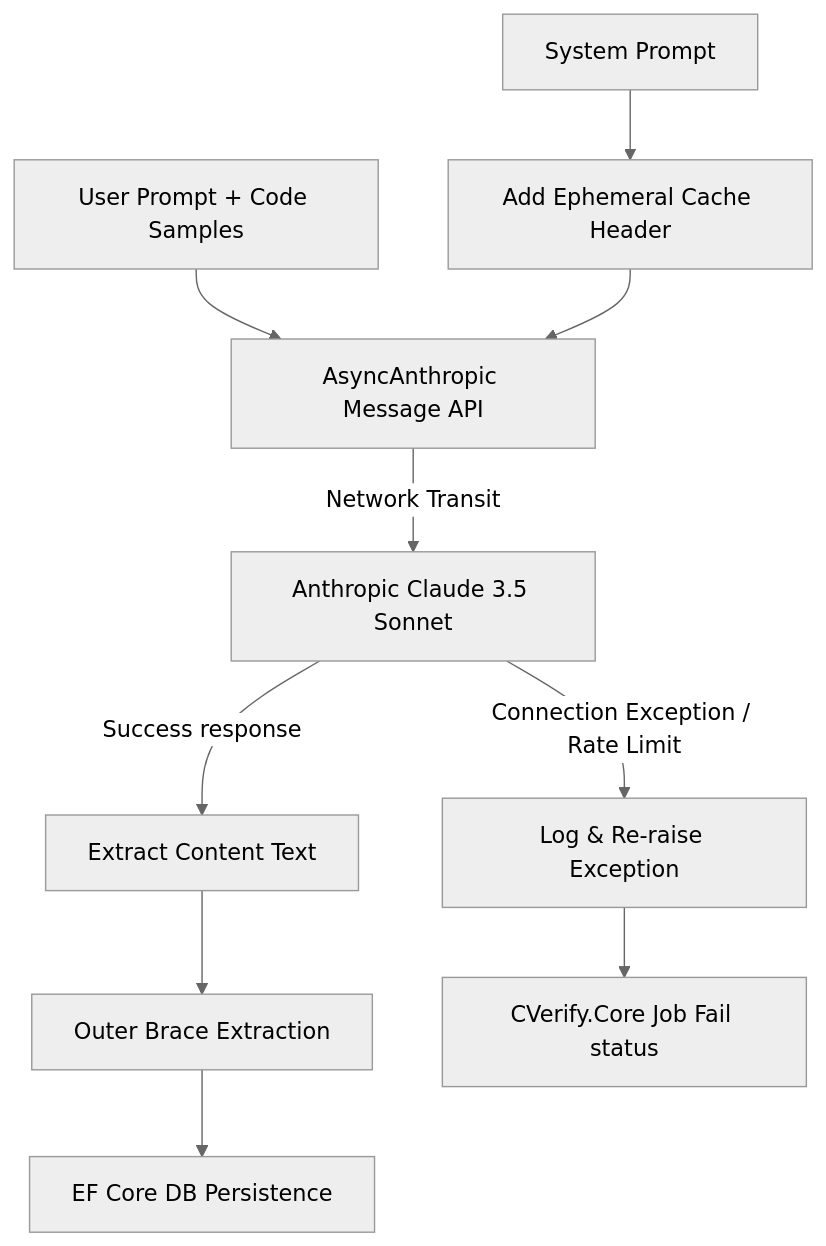
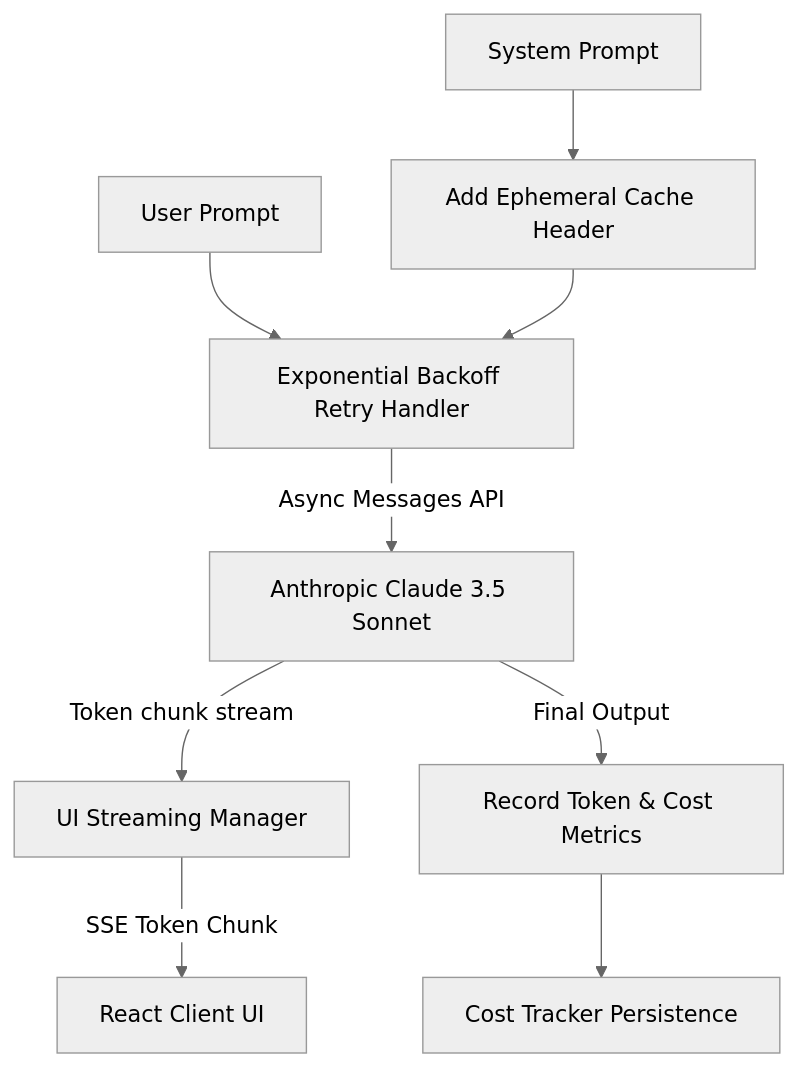
Before and after one commit to Kaivian/CVerify: the diagram in CVerify.AI/docs/ai-observability/06-claude-integration.md, drawn with Mermaid (neutral theme). The commit also changed other lines of this file and 17 other files, not shown here.

First line of the commit message:
﻿docs(observability): update CVerify.AI docs for discrete task pipeline and v2 schema

````diff
--- a/CVerify.AI/docs/ai-observability/06-claude-integration.md
+++ b/CVerify.AI/docs/ai-observability/06-claude-integration.md
@@ -14,16 +14,14 @@
 ```mermaid
 graph TD
     SystemPrompt[System Prompt] --> EphemeralCache[Add Ephemeral Cache Header]
-    UserPrompt[User Prompt + Code Samples] --> SendClaude[AsyncAnthropic Message API]
+    UserPrompt[User Prompt] --> RetryHandler[Exponential Backoff Retry Handler]
     
-    EphemeralCache --> SendClaude
-    SendClaude -->|Network Transit| AnthropicServer[Anthropic Claude 3.5 Sonnet]
+    EphemeralCache --> RetryHandler
+    RetryHandler -->|Async Messages API| AnthropicServer[Anthropic Claude 3.5 Sonnet]
     
-    AnthropicServer -->|Success response| ExtractText[Extract Content Text]
-    AnthropicServer -->|Connection Exception / Rate Limit| CatchErr[Log & Re-raise Exception]
+    AnthropicServer -->|Token chunk stream| StreamHandler[UI Streaming Manager]
+    StreamHandler -->|SSE Token Chunk| Frontend[React Client UI]
     
-    ExtractText --> ValidateJSON[Outer Brace Extraction]
-    CatchErr --> CoreFail[CVerify.Core Job Fail status]
-    
-    ValidateJSON --> SaveDB[EF Core DB Persistence]
+    AnthropicServer -->|Final Output| RecordUsage[Record Token & Cost Metrics]
+    RecordUsage --> CostTracker[Cost Tracker Persistence]
 ```
````
